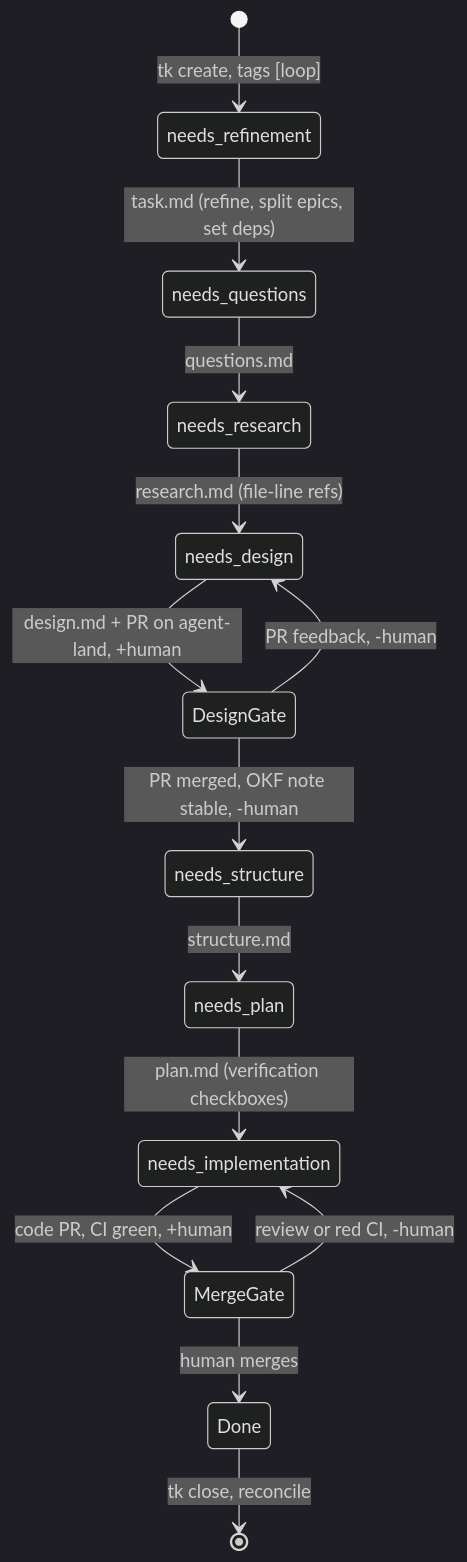
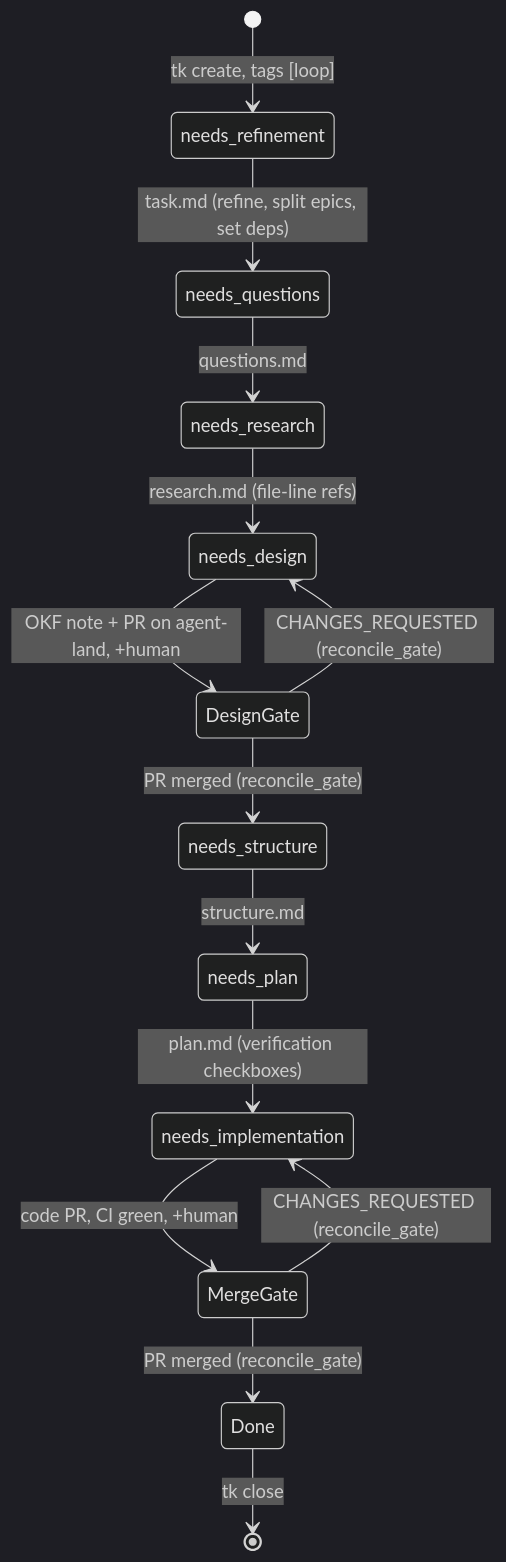
Before and after one commit to marcoklein/agent-land: the first of 2 diagrams in docs/knowledge/product/designs/ticket-layer-design.md, drawn with Mermaid (dark theme). The commit also changed other lines of this file and 4 other files, not shown here.

````diff
--- a/docs/knowledge/product/designs/ticket-layer-design.md
+++ b/docs/knowledge/product/designs/ticket-layer-design.md
@@ -32,16 +32,16 @@
 ```mermaid
 stateDiagram-v2
     [*] --> needs_refinement: tk create, tags [loop]
     needs_refinement --> needs_questions: task.md (refine, split epics, set deps)
     needs_questions --> needs_research: questions.md
     needs_research --> needs_design: research.md (file-line refs)
-    needs_design --> DesignGate: design.md + PR on agent-land, +human
-    DesignGate --> needs_design: PR feedback, -human
-    DesignGate --> needs_structure: PR merged, OKF note stable, -human
+    needs_design --> DesignGate: OKF note + PR on agent-land, +human
+    DesignGate --> needs_design: CHANGES_REQUESTED (reconcile_gate)
+    DesignGate --> needs_structure: PR merged (reconcile_gate)
     needs_structure --> needs_plan: structure.md
     needs_plan --> needs_implementation: plan.md (verification checkboxes)
     needs_implementation --> MergeGate: code PR, CI green, +human
-    MergeGate --> needs_implementation: review or red CI, -human
-    MergeGate --> Done: human merges
-    Done --> [*]: tk close, reconcile
+    MergeGate --> needs_implementation: CHANGES_REQUESTED (reconcile_gate)
+    MergeGate --> Done: PR merged (reconcile_gate)
+    Done --> [*]: tk close
 ```
````
